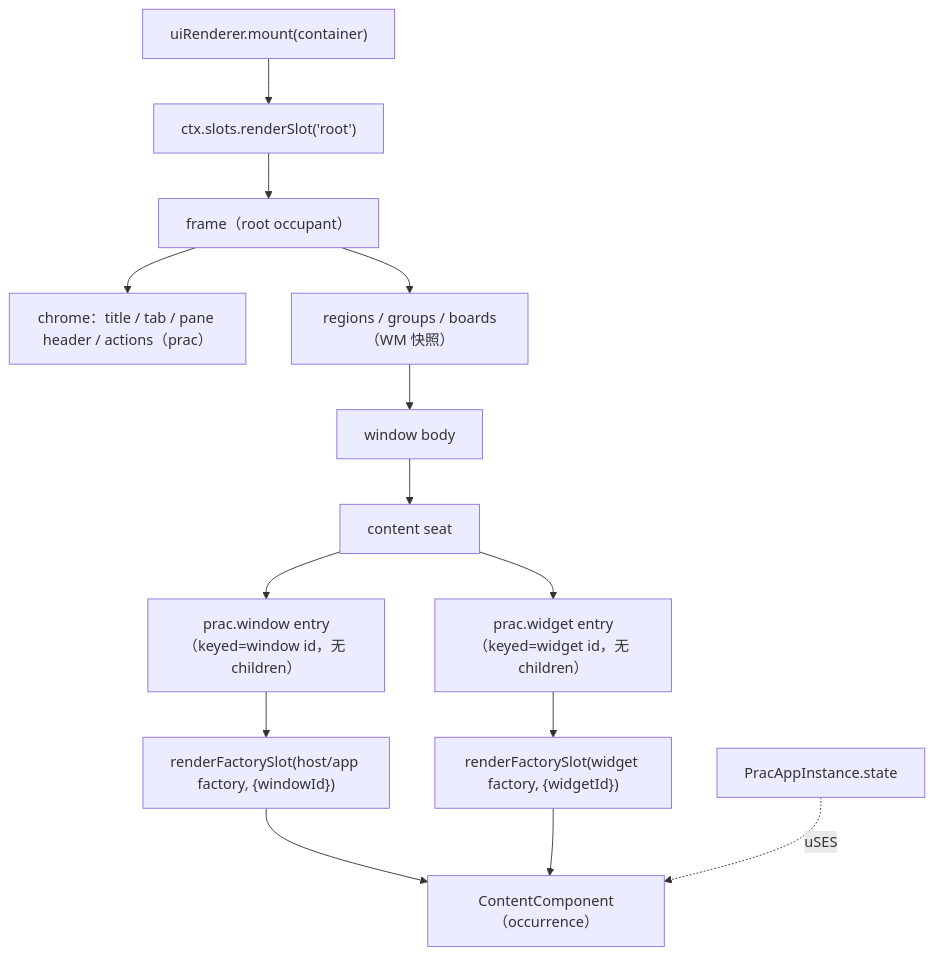
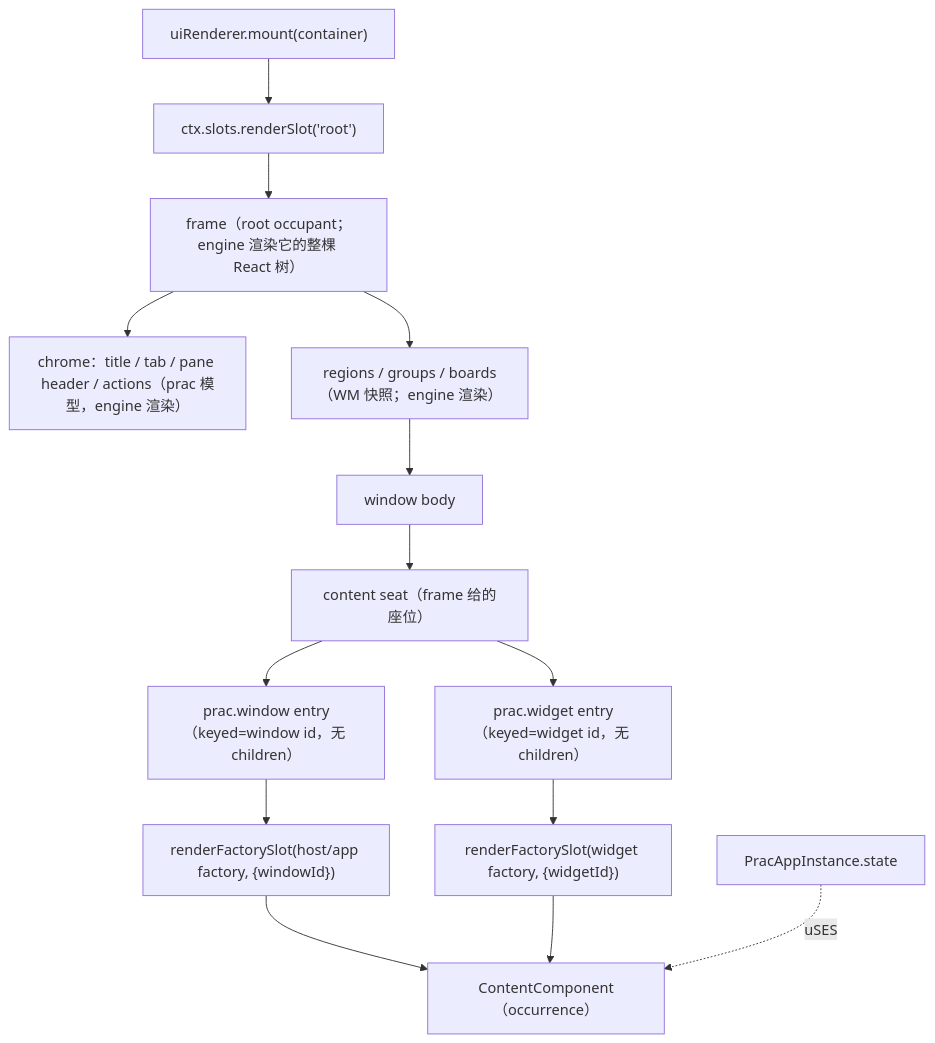
One commit to ifplusor/prac changed the first of 2 diagrams in .agents/notes/in-progress/2026-11-12-tech-rendering-engine.md. Above: the diagram before and after it, drawn with Mermaid. The commit also changed other lines of this file and 6 other files, not shown here.

````diff
--- a/.agents/notes/in-progress/2026-11-12-tech-rendering-engine.md
+++ b/.agents/notes/in-progress/2026-11-12-tech-rendering-engine.md
@@ -34,16 +34,16 @@
 ```mermaid
 flowchart TD
   M["uiRenderer.mount(container)"] --> R["ctx.slots.renderSlot('root')"]
-  R --> F["frame（root occupant）"]
-  F --> CH["chrome：title / tab / pane header / actions（prac）"]
-  F --> L["regions / groups / boards（WM 快照）"]
+  R --> F["frame（root occupant；engine 渲染它的整棵 React 树）"]
+  F --> CH["chrome：title / tab / pane header / actions（prac 模型，engine 渲染）"]
+  F --> L["regions / groups / boards（WM 快照；engine 渲染）"]
   L --> W["window body"]
-  W --> CS["content seat"]
+  W --> CS["content seat（frame 给的座位）"]
   CS --> W1["prac.window entry（keyed=window id，无 children）"]
   CS --> W2["prac.widget entry（keyed=widget id，无 children）"]
   W1 --> O1["renderFactorySlot(host/app factory, {windowId})"]
   W2 --> O2["renderFactorySlot(widget factory, {widgetId})"]
   O1 --> PC["ContentComponent（occurrence）"]
   O2 --> PC
   I["PracAppInstance.state"] -.->|"uSES"| PC
 ```
````
